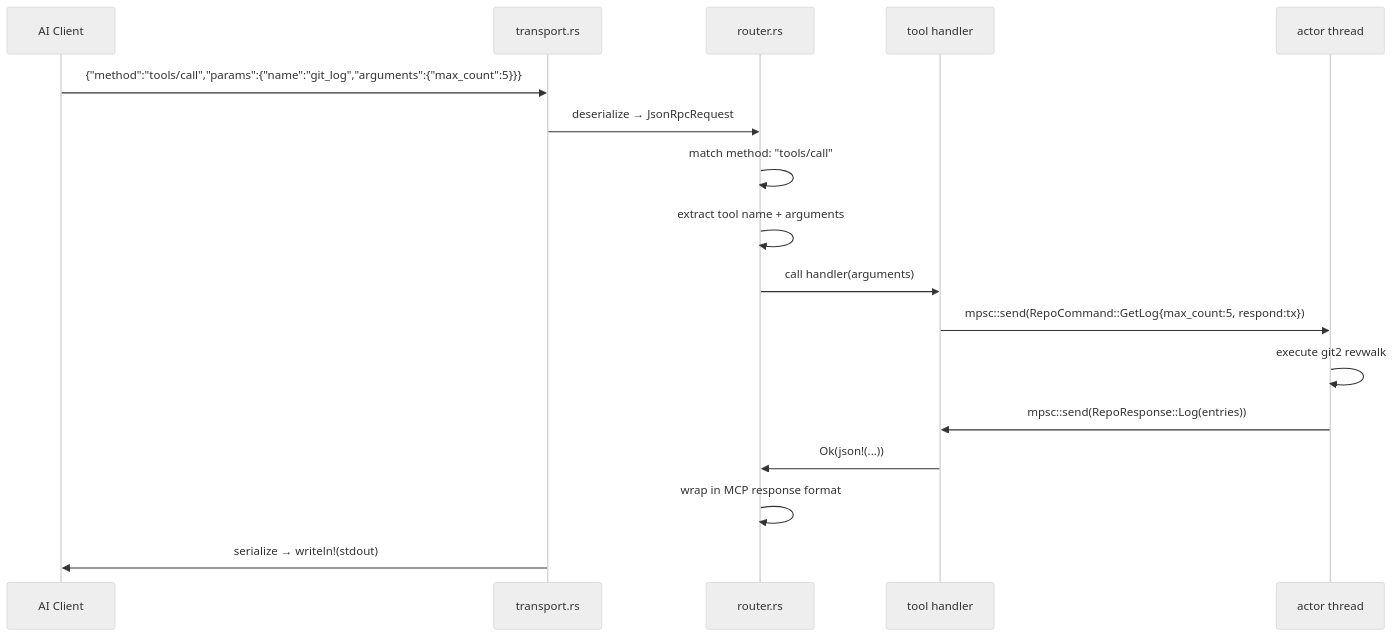
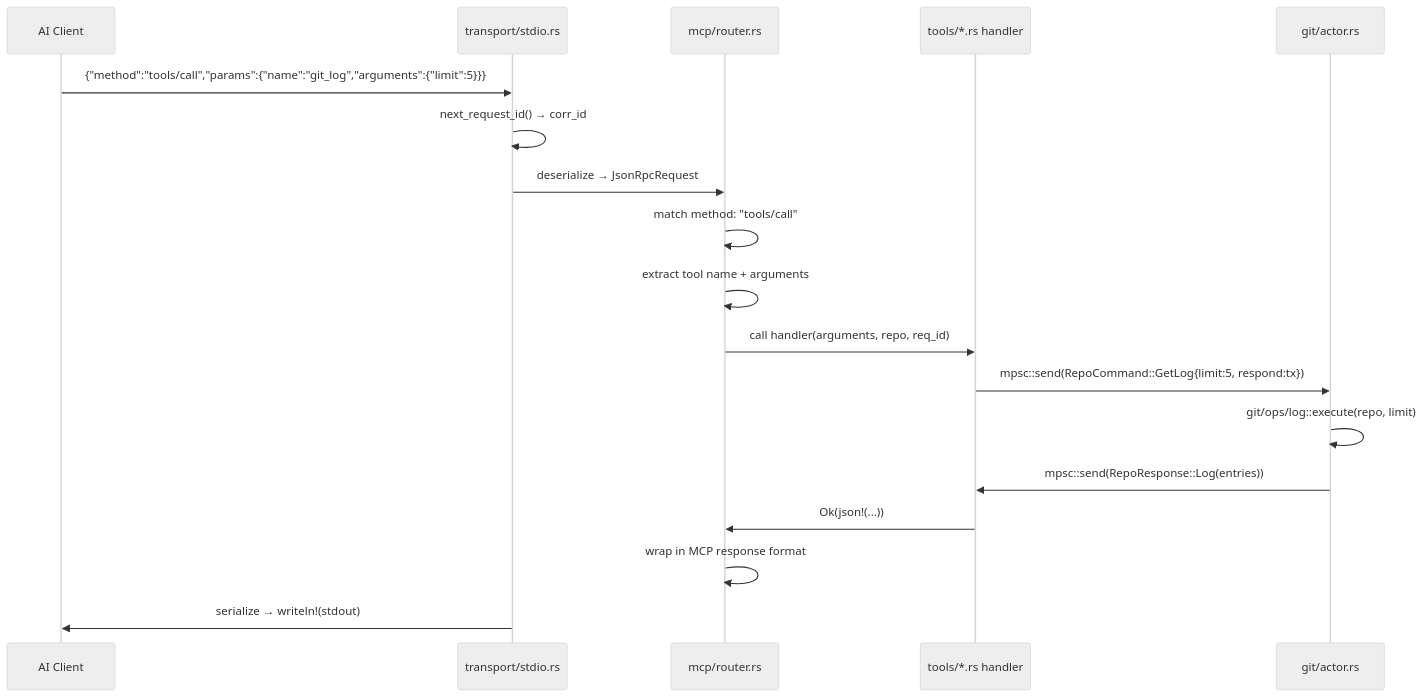
One commit to pritam12426/gitforge changed the fourth of 9 diagrams in DEV_IN_DEPTH.md. Above: the diagram before and after it, drawn with Mermaid (neutral theme). The commit also changed other lines of this file and 46 other files, not shown here.

First line of the commit message:
refactor: restructure to library crate, add HTTP transport and 4 git tools

````diff
--- a/DEV_IN_DEPTH.md
+++ b/DEV_IN_DEPTH.md
@@ -123,20 +182,21 @@
 ```mermaid
 sequenceDiagram
     participant C as AI Client
-    participant T as transport.rs
-    participant R as router.rs
-    participant H as tool handler
-    participant A as actor thread
+    participant T as transport/stdio.rs
+    participant R as mcp/router.rs
+    participant H as tools/*.rs handler
+    participant A as git/actor.rs
 
-    C->>T: {"method":"tools/call","params":{"name":"git_log","arguments":{"max_count":5}}}
+    C->>T: {"method":"tools/call","params":{"name":"git_log","arguments":{"limit":5}}}
+    T->>T: next_request_id() → corr_id
     T->>R: deserialize → JsonRpcRequest
     R->>R: match method: "tools/call"
     R->>R: extract tool name + arguments
-    R->>H: call handler(arguments)
-    H->>A: mpsc::send(RepoCommand::GetLog{max_count:5, respond:tx})
-    A->>A: execute git2 revwalk
+    R->>H: call handler(arguments, repo, req_id)
+    H->>A: mpsc::send(RepoCommand::GetLog{limit:5, respond:tx})
+    A->>A: git/ops/log::execute(repo, limit)
     A->>H: mpsc::send(RepoResponse::Log(entries))
     H->>R: Ok(json!(...))
     R->>R: wrap in MCP response format
     T->>C: serialize → writeln!(stdout)
 ```
````
